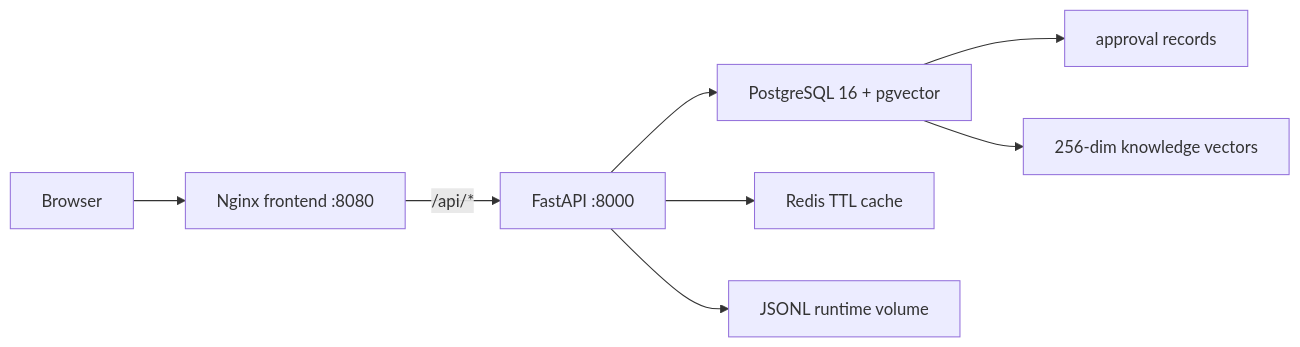
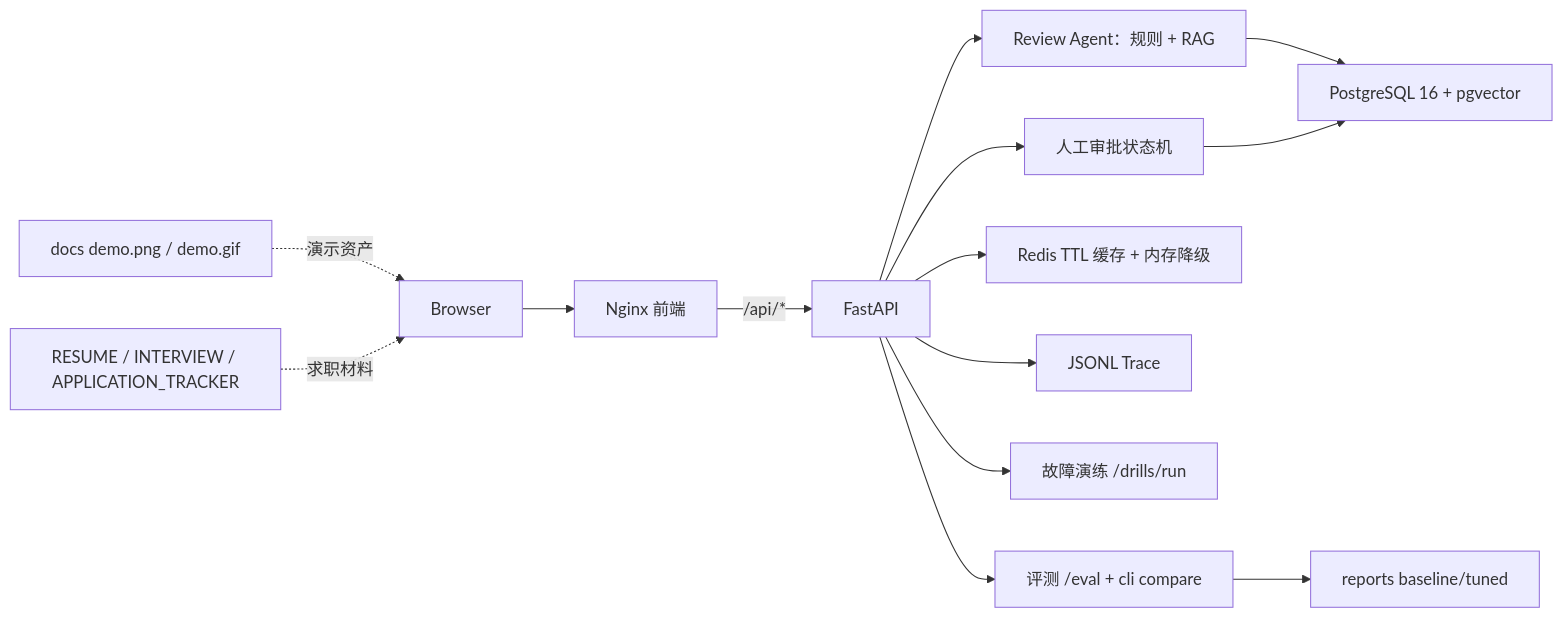
Before and after one commit to liancheng2020/agent-learning: the diagram in agent-0829/ARCHITECTURE.md, drawn with Mermaid. The commit also changed other lines of this file and 6 other files, not shown here.

First line of the commit message:
docs: rewrite day-specific INTERVIEW/ARCHITECTURE for 0826-0829

````diff
--- a/agent-0829/ARCHITECTURE.md
+++ b/agent-0829/ARCHITECTURE.md
@@ -3,10 +3,16 @@
 ```mermaid
 flowchart LR
-    Browser["Browser"] --> Frontend["Nginx frontend :8080"]
-    Frontend -->|/api/*| API["FastAPI :8000"]
-    API --> Postgres["PostgreSQL 16 + pgvector"]
-    API --> Redis["Redis TTL cache"]
-    API --> Trace["JSONL runtime volume"]
-    Postgres --> Approval["approval records"]
-    Postgres --> Vector["256-dim knowledge vectors"]
+    Browser["Browser"] --> Nginx["Nginx 前端"]
+    Nginx -->|/api/*| API["FastAPI"]
+    API --> Agent["Review Agent：规则 + RAG"]
+    Agent --> PG["PostgreSQL 16 + pgvector"]
+    API --> Approval["人工审批状态机"]
+    Approval --> PG
+    API --> Cache["Redis TTL 缓存 + 内存降级"]
+    API --> Trace["JSONL Trace"]
+    API --> Drills["故障演练 /drills/run"]
+    API --> Eval["评测 /eval + cli compare"]
+    Eval --> Reports["reports baseline/tuned"]
+    Docs["docs demo.png / demo.gif"] -.演示资产.-> Browser
+    Portfolio["RESUME / INTERVIEW / APPLICATION_TRACKER"] -.求职材料.-> Browser
 ```
````
